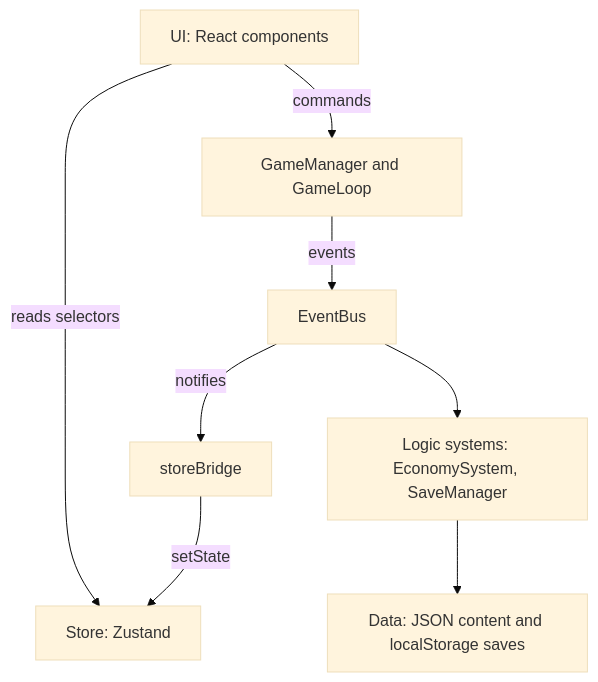
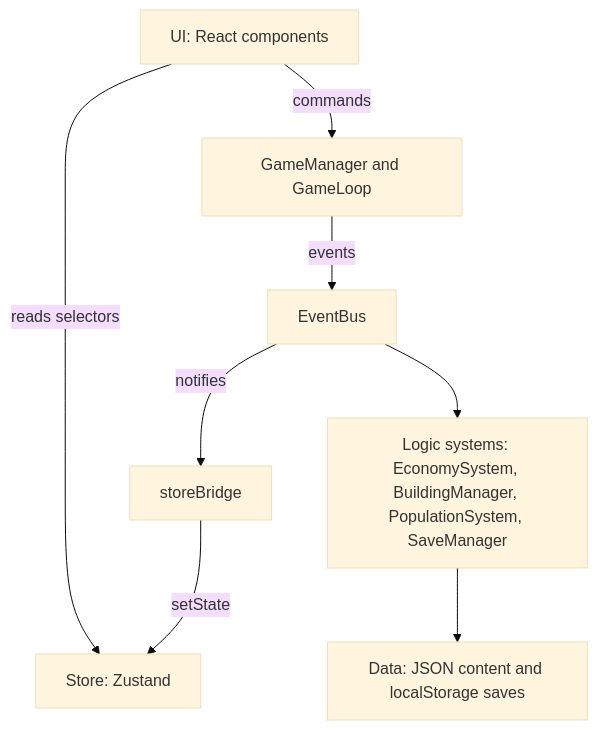
The diagram in README.md (nelim-dev/civ-idle-game), drawn with Mermaid (base theme) before and after one commit. The commit also changed other lines of this file, not shown here.

````diff
--- a/README.md
+++ b/README.md
@@ -90,10 +96,10 @@
 ```mermaid
 flowchart TD
     UI[UI: React components] -->|reads selectors| Store[Store: Zustand]
     UI -->|commands| Facade[GameManager and GameLoop]
     Facade -->|events| Bus[EventBus]
     Bus -->|notifies| Bridge[storeBridge]
     Bridge -->|setState| Store
-    Bus --> Services[Logic systems: EconomySystem, SaveManager]
+    Bus --> Services[Logic systems: EconomySystem, BuildingManager, PopulationSystem, SaveManager]
     Services --> Data[Data: JSON content and localStorage saves]
 ```
````
